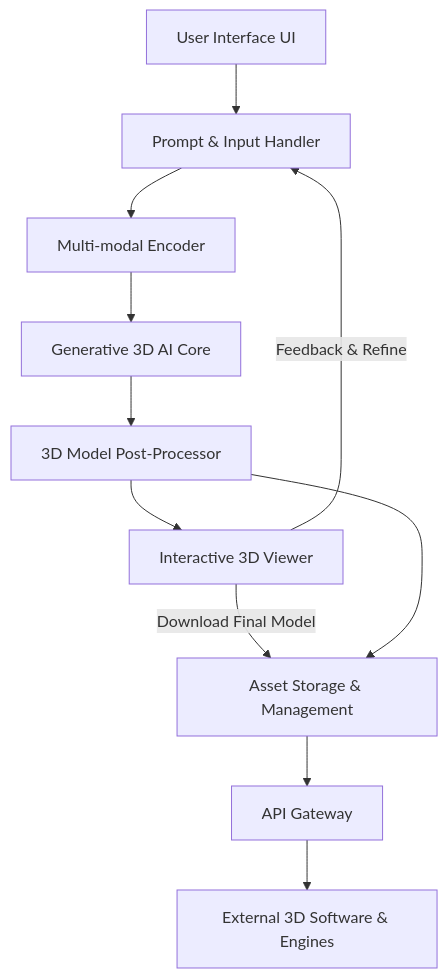
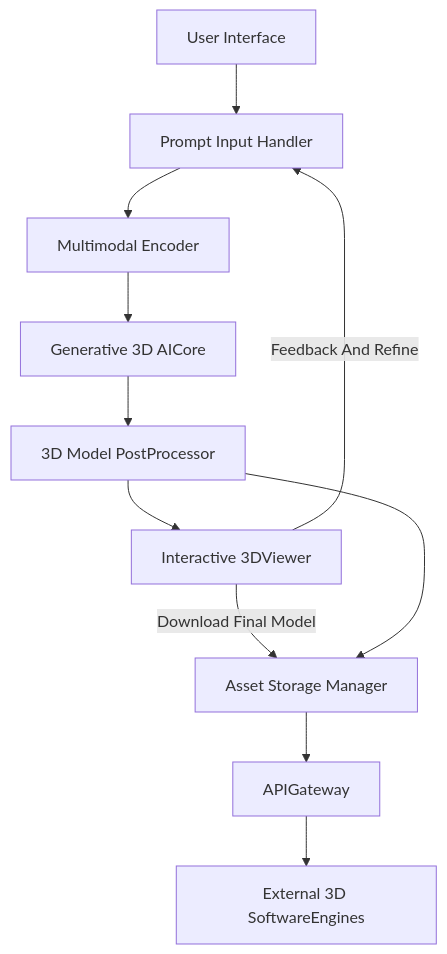
Before and after one commit to diplomat-bit/Citibank_Demo_Business_Inc_Demonstration-: the first of 5 diagrams in inventions/080_generative_3d_models.md, drawn with Mermaid. The commit also changed other lines of this file, not shown here.

Commit message:
[AI] Edit: inventions/080_generative_3d_models.md

````diff
--- a/inventions/080_generative_3d_models.md
+++ b/inventions/080_generative_3d_models.md
@@ -46,13 +46,13 @@
 ```mermaid
 graph TD
-    A[User Interface UI] --> B[Prompt & Input Handler]
-    B --> C[Multi-modal Encoder]
-    C --> D[Generative 3D AI Core]
-    D --> E[3D Model Post-Processor]
-    E --> F[Interactive 3D Viewer]
-    F -- "Feedback & Refine" --> B
-    F -- "Download Final Model" --> G[Asset Storage & Management]
+    A[User Interface] --> B[Prompt Input Handler]
+    B --> C[Multimodal Encoder]
+    C --> D[Generative 3D AICore]
+    D --> E[3D Model PostProcessor]
+    E --> F[Interactive 3DViewer]
+    F -- Feedback And Refine --> B
+    F -- Download Final Model --> G[Asset Storage Manager]
     E --> G
-    G --> H[API Gateway]
-    H --> I[External 3D Software & Engines]
+    G --> H[APIGateway]
+    H --> I[External 3D SoftwareEngines]
 ```
````
